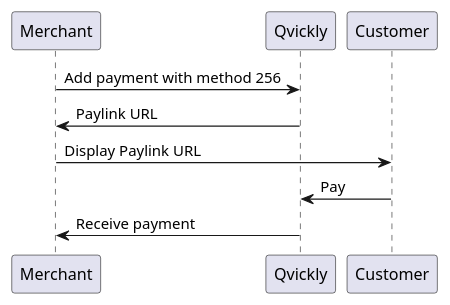
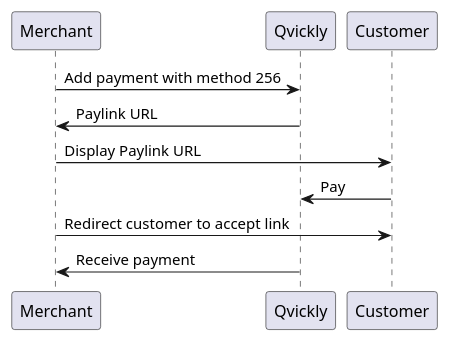
Before and after one commit to Billmate/QvicklyDocumentation: the second of 3 diagrams in Writerside/topics/Paylink-Flow.md, drawn with PlantUML. The commit also changed other lines of this file and 13 other files, not shown here.

````diff
--- a/Writerside/topics/Paylink-Flow.md
+++ b/Writerside/topics/Paylink-Flow.md
@@ -28,17 +29,18 @@
 ```plantuml
 
 @startuml
 
 participant "Merchant" as M
 participant "Qvickly" as Q
 participant "Customer" as C
 
 M->Q: Add payment with method 256
 Q->M: Paylink URL
 M->C: Display Paylink URL
 C->Q: Pay
+M->C: Redirect customer to accept link
 Q->M: Receive payment
 
 @enduml
 
 ```
````
